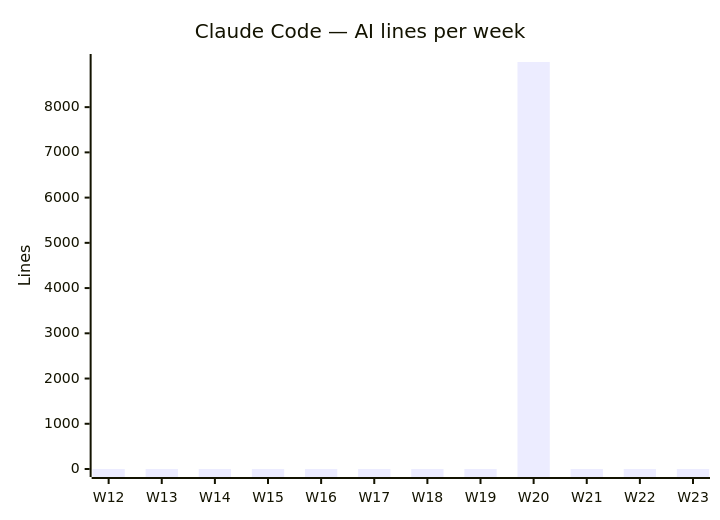
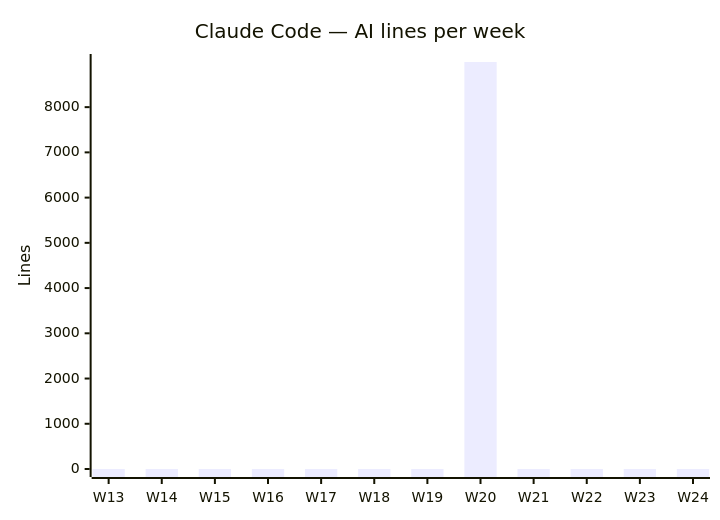
One commit to fromwaydowntown/ai-use changed the second of 4 diagrams in docs/AI_USAGE.md. Above: the diagram before and after it, drawn with Mermaid. The commit also changed other lines of this file, not shown here.

````diff
--- a/docs/AI_USAGE.md
+++ b/docs/AI_USAGE.md
@@ -29,7 +29,7 @@
 ```mermaid
 xychart-beta
     title "Claude Code — AI lines per week"
-    x-axis ["W12", "W13", "W14", "W15", "W16", "W17", "W18", "W19", "W20", "W21", "W22", "W23"]
+    x-axis ["W13", "W14", "W15", "W16", "W17", "W18", "W19", "W20", "W21", "W22", "W23", "W24"]
     y-axis "Lines"
-    bar [0, 0, 0, 0, 0, 0, 0, 0, 8998, 0, 0, 0]
+    bar [0, 0, 0, 0, 0, 0, 0, 8998, 0, 0, 0, 0]
 ```
````
